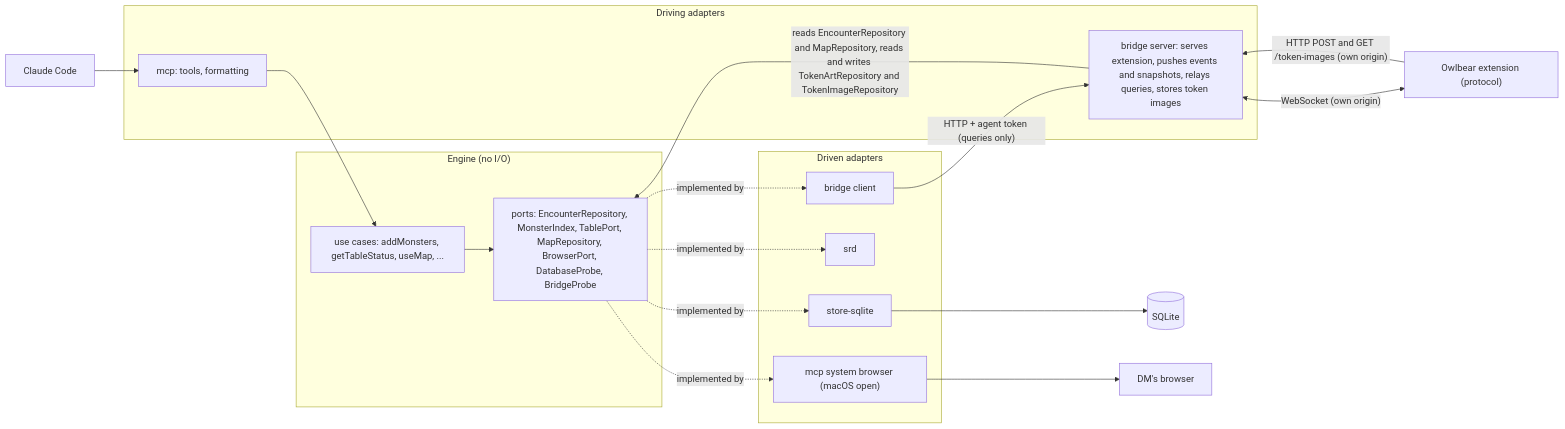
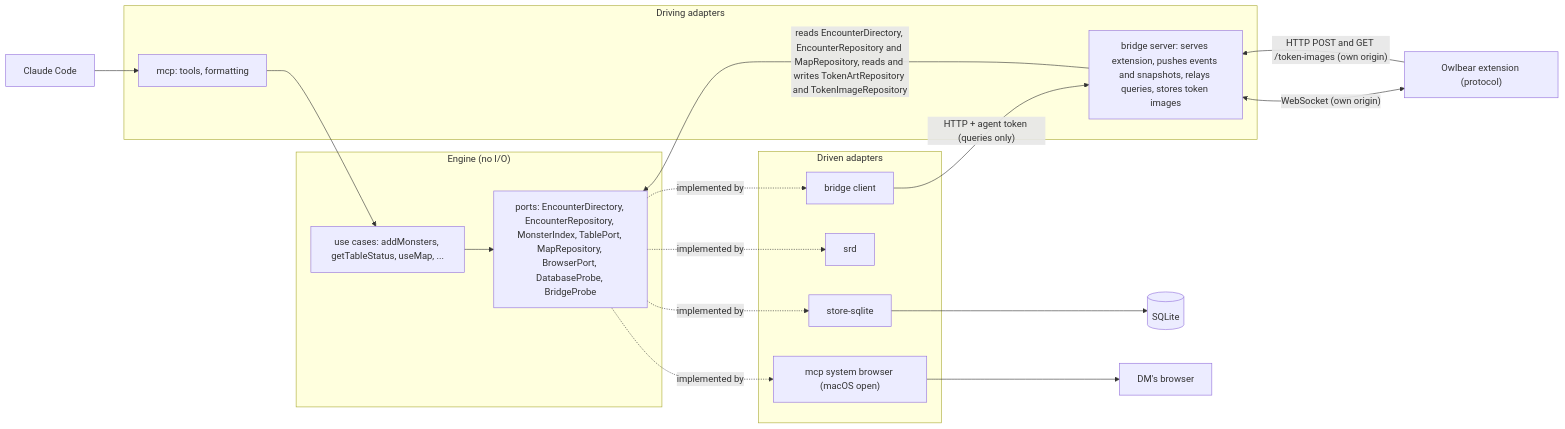
The first of 2 diagrams in docs/architecture.md (askrzypczak/ttrpg-agents), drawn with Mermaid before and after one commit. The commit also changed other lines of this file and 2 other files, not shown here.

Commit message:
docs: upgrading discards encounters; name the encounter directory and the scoped repository

````diff
--- a/docs/architecture.md
+++ b/docs/architecture.md
@@ -9,30 +9,30 @@
 ```mermaid
 flowchart LR
   claude["Claude Code"] --> mcp
   subgraph driving["Driving adapters"]
     mcp["mcp: tools, formatting"]
     bsrv["bridge server: serves extension, pushes events and snapshots, relays queries, stores token images"]
   end
   subgraph core["Engine (no I/O)"]
     uc["use cases: addMonsters, getTableStatus, useMap, ..."]
-    ports["ports: EncounterRepository, MonsterIndex, TablePort, MapRepository, BrowserPort, DatabaseProbe, BridgeProbe"]
+    ports["ports: EncounterDirectory, EncounterRepository, MonsterIndex, TablePort, MapRepository, BrowserPort, DatabaseProbe, BridgeProbe"]
   end
   subgraph driven["Driven adapters"]
     store["store-sqlite"]
     srd["srd"]
     bclient["bridge client"]
     sysbrowser["mcp system browser (macOS open)"]
   end
   mcp --> uc
-  bsrv -->|"reads EncounterRepository and MapRepository, reads and writes TokenArtRepository and TokenImageRepository"| ports
+  bsrv -->|"reads EncounterDirectory, EncounterRepository and MapRepository, reads and writes TokenArtRepository and TokenImageRepository"| ports
   uc --> ports
   ports -.implemented by.-> store
   ports -.implemented by.-> srd
   ports -.implemented by.-> bclient
   ports -.implemented by.-> sysbrowser
   store --> db[("SQLite")]
   bclient -->|"HTTP + agent token (queries only)"| bsrv
   sysbrowser --> browser["DM's browser"]
   bsrv <-->|"WebSocket (own origin)"| ext["Owlbear extension (protocol)"]
   ext -->|"HTTP POST and GET /token-images (own origin)"| bsrv
 ```
````
